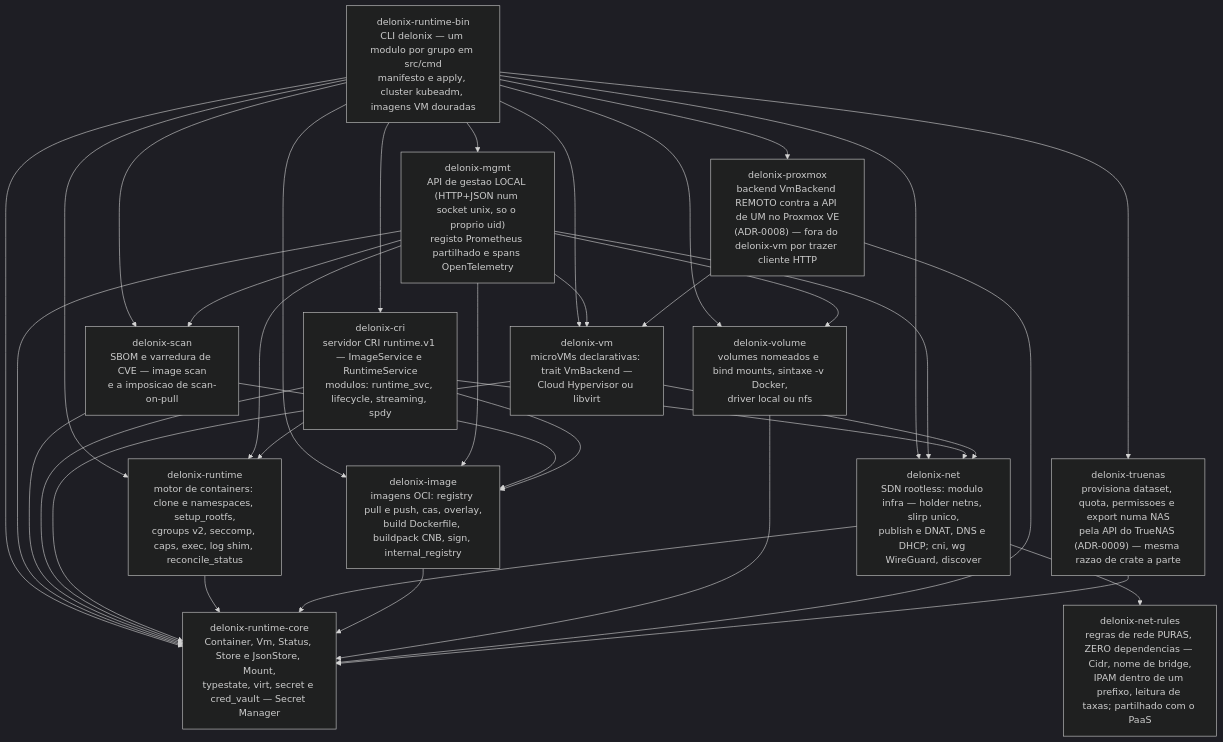
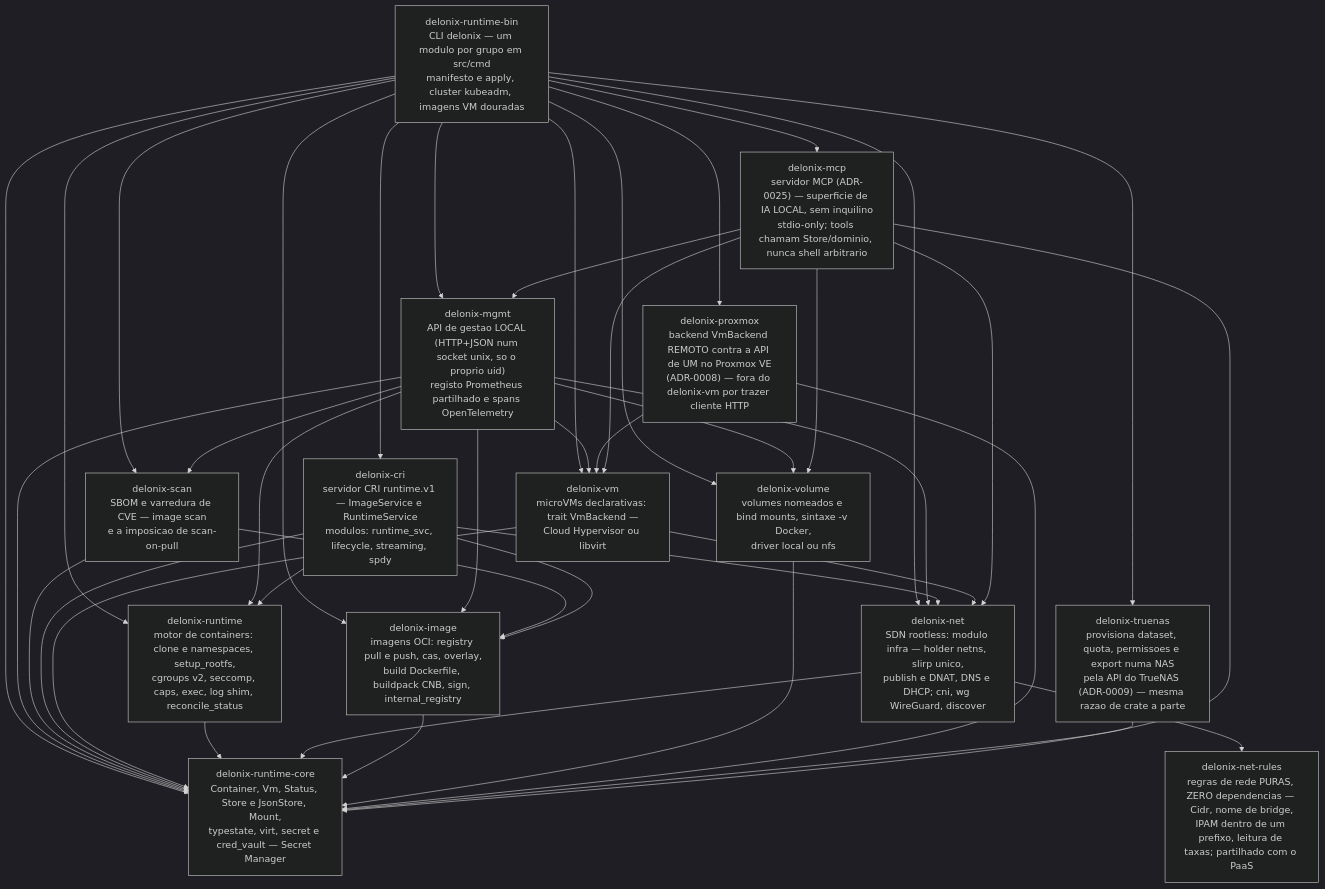
Before and after one commit to angolardevops/delonix-runtime: the third of 7 diagrams in ARCHITECTURE.md, drawn with Mermaid (dark theme). The commit also changed other lines of this file and 5 other files, not shown here.

First line of the commit message:
mcp: satisfy the manual/i18n/architecture gates for the new command group

````diff
--- a/ARCHITECTURE.md
+++ b/ARCHITECTURE.md
@@ -137,57 +137,65 @@
 ```mermaid
 graph TB
     BIN["delonix-runtime-bin<br>CLI delonix — um modulo por grupo em src/cmd<br>manifesto e apply, cluster kubeadm, imagens VM douradas"]
     CRI["delonix-cri<br>servidor CRI runtime.v1 — ImageService e RuntimeService<br>modulos: runtime_svc, lifecycle, streaming, spdy"]
     RT["delonix-runtime<br>motor de containers: clone e namespaces, setup_rootfs,<br>cgroups v2, seccomp, caps, exec, log shim, reconcile_status"]
     NET["delonix-net<br>SDN rootless: modulo infra — holder netns, slirp unico,<br>publish e DNAT, DNS e DHCP; cni, wg WireGuard, discover"]
     IMG["delonix-image<br>imagens OCI: registry pull e push, cas, overlay,<br>build Dockerfile, buildpack CNB, sign, internal_registry"]
     VM2["delonix-vm<br>microVMs declarativas: trait VmBackend —<br>Cloud Hypervisor ou libvirt"]
     VOL["delonix-volume<br>volumes nomeados e bind mounts, sintaxe -v Docker,<br>driver local ou nfs"]
     CORE["delonix-runtime-core<br>Container, Vm, Status, Store e JsonStore, Mount,<br>typestate, virt, secret e cred_vault — Secret Manager"]
     MGMT["delonix-mgmt<br>API de gestao LOCAL (HTTP+JSON num socket unix, so o proprio uid)<br>registo Prometheus partilhado e spans OpenTelemetry"]
     SCAN["delonix-scan<br>SBOM e varredura de CVE — image scan<br>e a imposicao de scan-on-pull"]
     RULES["delonix-net-rules<br>regras de rede PURAS, ZERO dependencias — Cidr, nome de bridge,<br>IPAM dentro de um prefixo, leitura de taxas; partilhado com o PaaS"]
     PVE["delonix-proxmox<br>backend VmBackend REMOTO contra a API de UM no Proxmox VE<br>(ADR-0008) — fora do delonix-vm por trazer cliente HTTP"]
     NAS["delonix-truenas<br>provisiona dataset, quota, permissoes e export numa NAS<br>pela API do TrueNAS (ADR-0009) — mesma razao de crate a parte"]
+    MCP["delonix-mcp<br>servidor MCP (ADR-0025) — superficie de IA LOCAL, sem inquilino<br>stdio-only; tools chamam Store/dominio, nunca shell arbitrario"]
 
     BIN --> RT
     BIN --> IMG
     BIN --> VM2
     BIN --> VOL
     BIN --> NET
     BIN --> CORE
     BIN --> CRI
     BIN --> MGMT
     BIN --> SCAN
     BIN --> PVE
     BIN --> NAS
+    BIN --> MCP
 
     MGMT --> RT
     MGMT --> IMG
     MGMT --> VM2
     MGMT --> VOL
     MGMT --> NET
     MGMT --> SCAN
     MGMT --> CORE
 
     SCAN --> IMG
     SCAN --> CORE
 
     CRI --> RT
     CRI --> IMG
     CRI --> NET
     CRI --> CORE
 
     VM2 --> NET
     VM2 --> CORE
 
     RT --> CORE
     NET --> CORE
     IMG --> CORE
     VOL --> CORE
 
     NET --> RULES
     PVE --> VM2
     PVE --> CORE
     NAS --> CORE
+
+    MCP --> CORE
+    MCP --> VM2
+    MCP --> VOL
+    MCP --> NET
+    MCP --> MGMT
 ```
````
